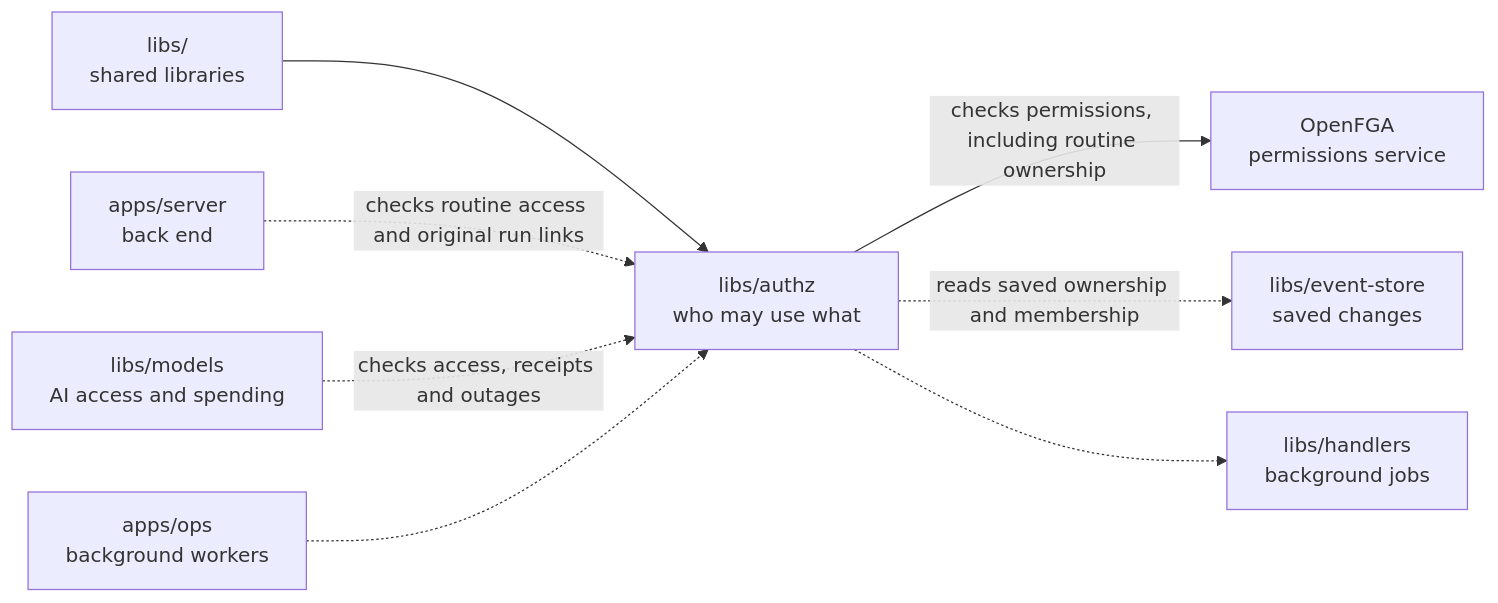
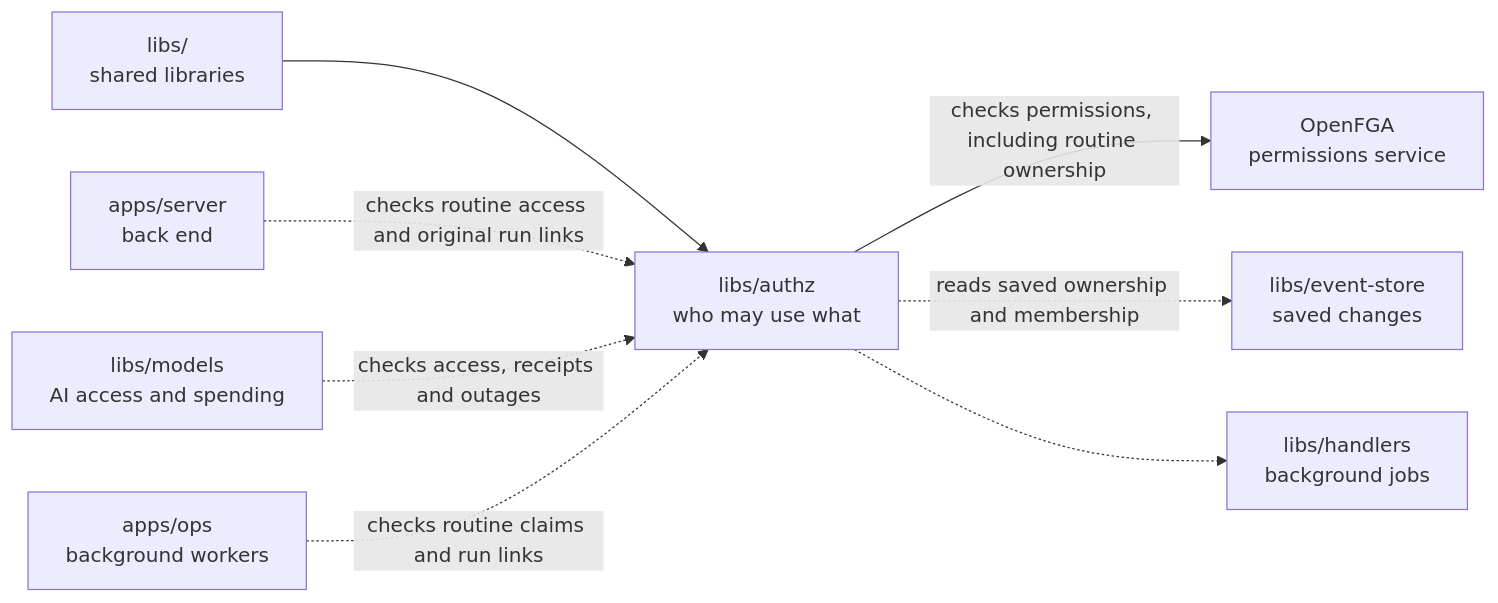
The diagram in libs/authz/README.md (elewa-git/opencrane-new), drawn with Mermaid before and after one commit. The commit also changed other lines of this file and 8 other files, not shown here.

Commit message:
🔒 Check current access before routine claims and receipts

````diff
--- a/libs/authz/README.md
+++ b/libs/authz/README.md
@@ -20,10 +20,10 @@
 ```mermaid
 flowchart LR
   parent["libs/<br/>shared libraries"] --> authz["libs/authz<br/>who may use what"]
   server["apps/server<br/>back end"] -.->|checks routine access and original run links| authz
   models["libs/models<br/>AI access and spending"] -.->|checks access, receipts and outages| authz
-  ops["apps/ops<br/>background workers"] -.-> authz
+  ops["apps/ops<br/>background workers"] -.->|checks routine claims and run links| authz
   authz -->|checks permissions, including routine ownership| fga["OpenFGA<br/>permissions service"]
   authz -.->|reads saved ownership and membership| store["libs/event-store<br/>saved changes"]
   authz -.-> handlers["libs/handlers<br/>background jobs"]
 ```
````
